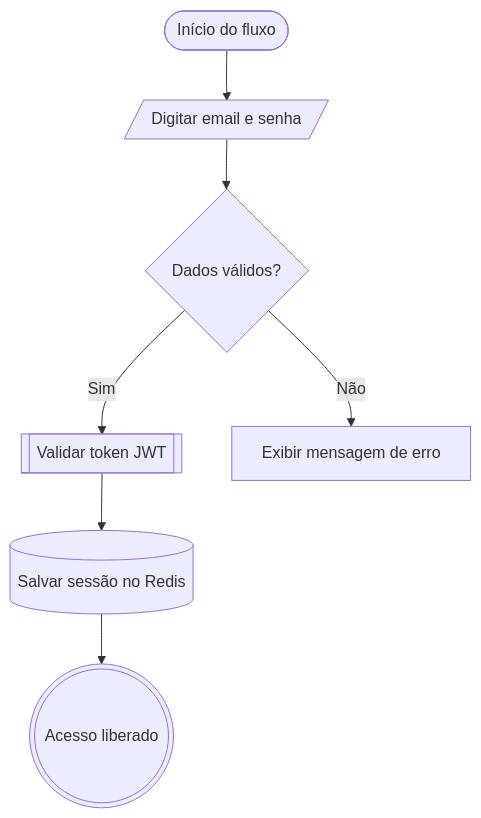
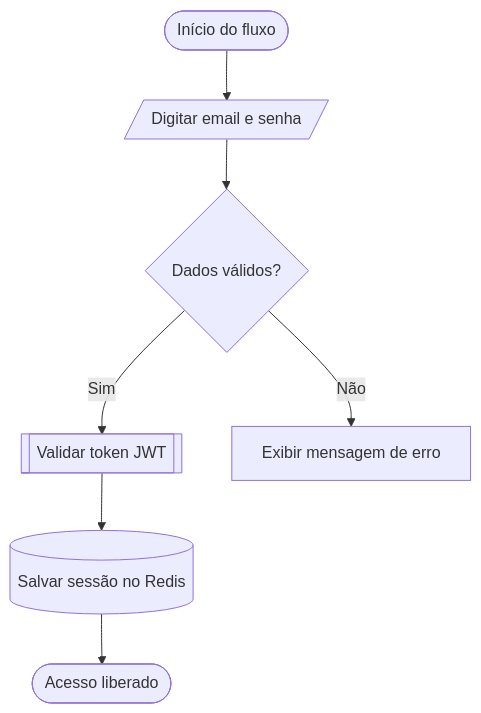
The first of 14 diagrams in mermaid/Sintaxe e possibilidades com Mermaid.md (leorruas/programacao), drawn with Mermaid before and after one commit. The commit also changed other lines of this file and 4 other files, not shown here.

Commit message:
fix(mermaid): corrigir sintaxe de nós e garantir alto contraste para timeline, mindmap, quadrant e gantt

````diff
--- a/mermaid/Sintaxe e possibilidades com Mermaid.md
+++ b/mermaid/Sintaxe e possibilidades com Mermaid.md
@@ -51,9 +50,9 @@
 ```mermaid
 flowchart TD
     Inicio(["Início do fluxo"]) --> Input[/"Digitar email e senha"/]
     Input --> Decisao{"Dados válidos?"}
     Decisao -->|Sim| Processar[["Validar token JWT"]]
     Decisao -->|Não| Erro["Exibir mensagem de erro"]
     Processar --> Banco[("Salvar sessão no Redis")]
-    Banco --> Fim((("Acesso liberado")))
+    Banco --> Fim(["Acesso liberado"])
 ```
````
